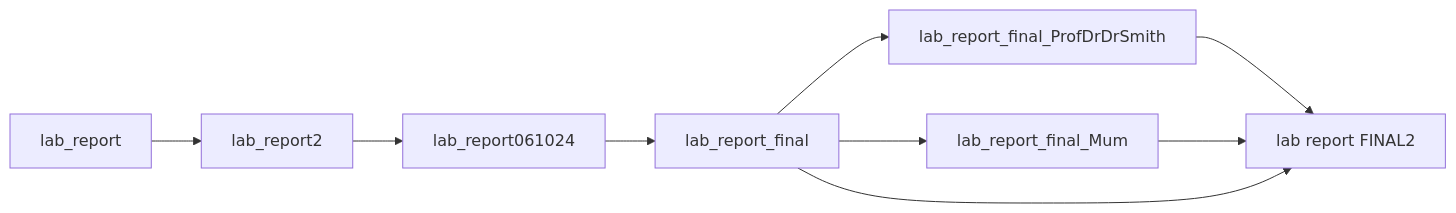
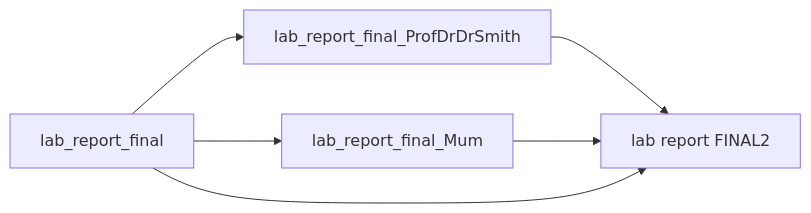
Before and after one commit to joschaschmiedt/Git4Neurosciences: the second of 6 diagrams in index.qmd, drawn with Mermaid. The commit also changed other lines of this file, not shown here.

````diff
--- a/index.qmd
+++ b/index.qmd
@@ -51,12 +57,14 @@
 ```{mermaid}
+%%| fig-responsive: false
+%%| fig-width: 6.5
+
+
 flowchart LR
-    A[lab_report] --> B[lab_report2]
-    B --> C[lab_report061024]
-    C --> D[lab_report_final]
+    D[lab_report_final]
     E[lab_report_final_ProfDrDrSmith] --> F[lab report FINAL2]
     G[lab_report_final_Mum] --> F[lab report FINAL2]
     D --> F
     D --> E
     D --> G
     
 ```
````
